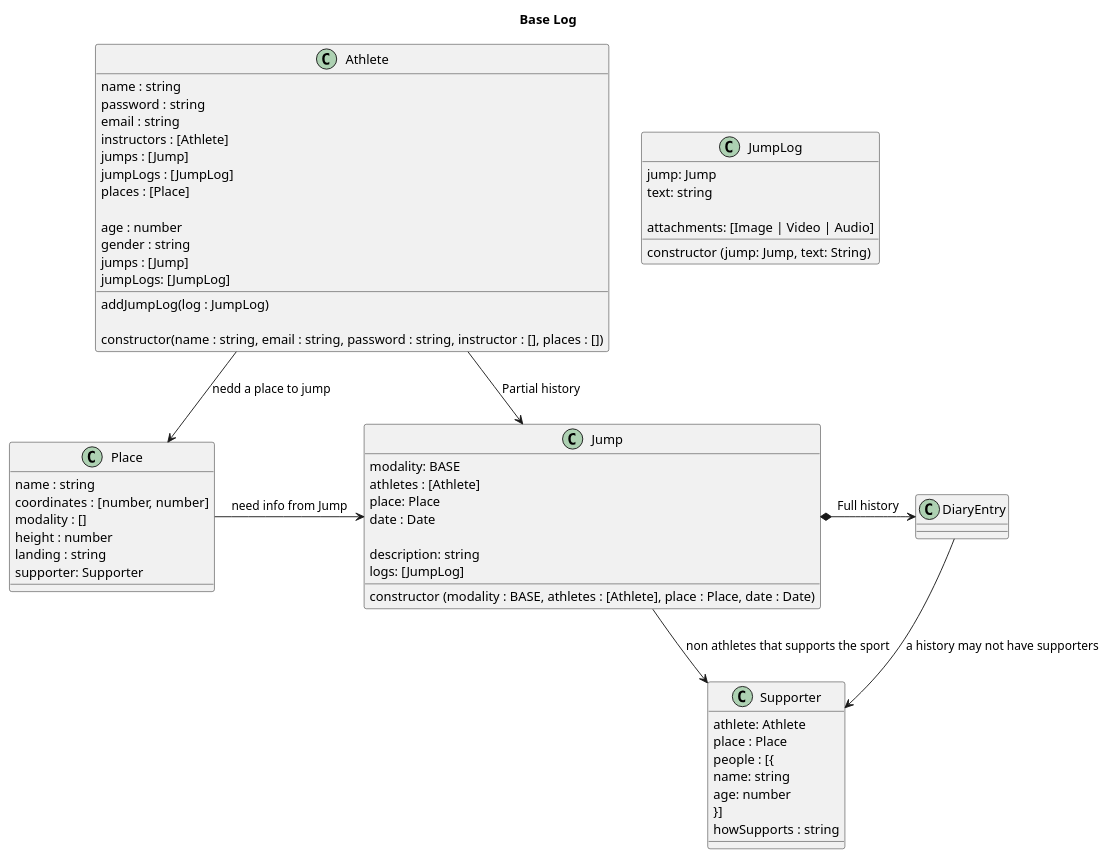
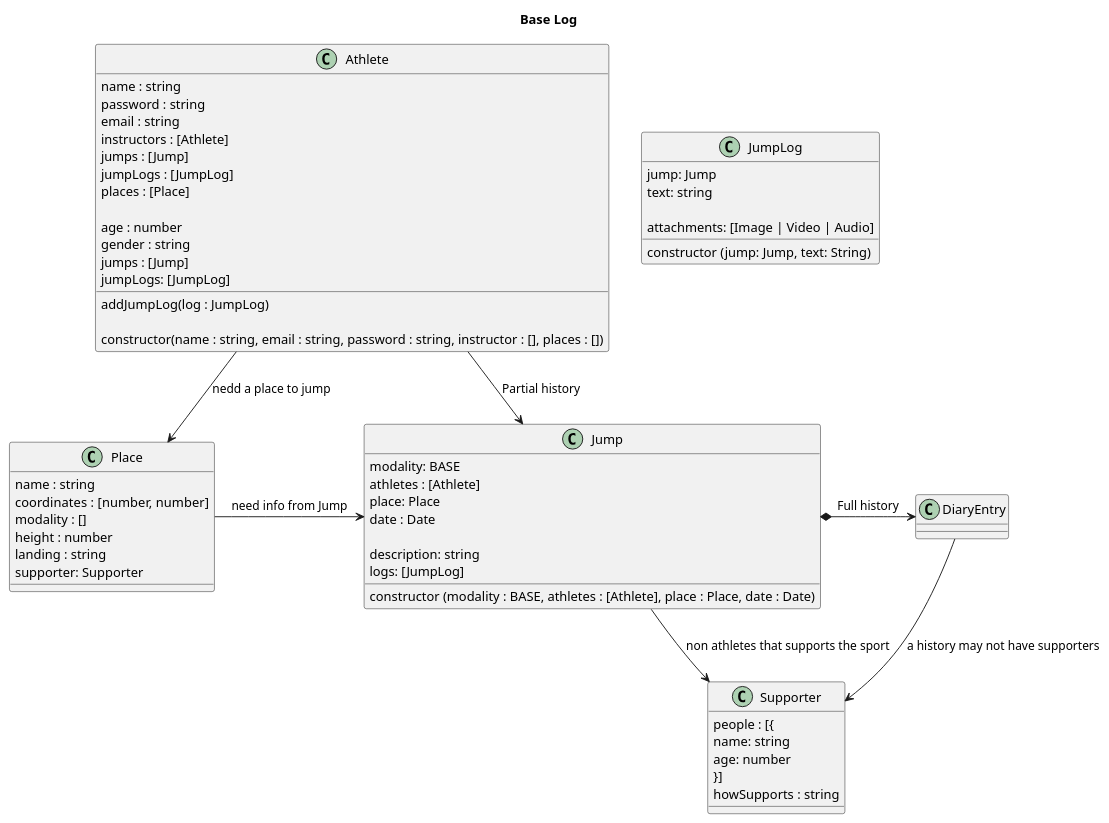
The diagram in architecture/class.puml (discombobulateme/webdoc), drawn with PlantUML before and after one commit.

Commit message:
Delete Athlete and Place ref to have an start

```diff
--- a/architecture/class.puml
+++ b/architecture/class.puml
@@ -1,85 +1,83 @@
 @startuml Base Log
 Title Base Log
 
 class Athlete {
 name : string
 password : string
 email : string
 instructors : [Athlete]
 jumps : [Jump]
 jumpLogs : [JumpLog]
 places : [Place]
 
 age : number
 gender : string
 ' record of the jumps user did, has more than 1 log
 jumps : [Jump]
 ' my unique jumps logs
 jumpLogs: [JumpLog]
 
 addJumpLog(log : JumpLog)
 
 constructor(name : string, email : string, password : string, instructor : [], places : [])
 }
 
 class Jump {
 ' addJump(Jump)
 ' Verify: if that place exists
 ' Verify: if you are linked in date and place with a Jump
 modality: BASE
 athletes : [Athlete]
 place: Place
 date : Date
 
 ' this is a sinopse
 description: string
 logs: [JumpLog]
 
 constructor (modality : BASE, athletes : [Athlete], place : Place, date : Date)
 }
 
 class JumpLog {
 jump: Jump
 ' this is the full history text
 text: string
 
 attachments: [Image | Video | Audio]
 
 constructor (jump: Jump, text: String)
 }
 
 class Place {
 name : string
 coordinates : [number, number]
 modality : []
 height : number
 landing : string
 supporter: Supporter
 'add child: exitPoint
 }
 
 'non Athletes that supports the sport
 class Supporter {
 ' a supporter can associate with a place or a person
-athlete: Athlete
-place : Place
 people : [{
   name: string
   age: number
 }]
 howSupports : string
 }
 
 ' Head *- Hand : composition
 ' Parent o-- IndependentChild : agregation
 ' Need --> Use : association
 
 Athlete --> Place : nedd a place to jump
 Athlete -> Jump : Partial history
 
 Place -> Jump : need info from Jump
 Jump *-> DiaryEntry : Full history
 Jump --> Supporter : non athletes that supports the sport
 DiaryEntry --> Supporter : a history may not have supporters
 
 @enduml
```
